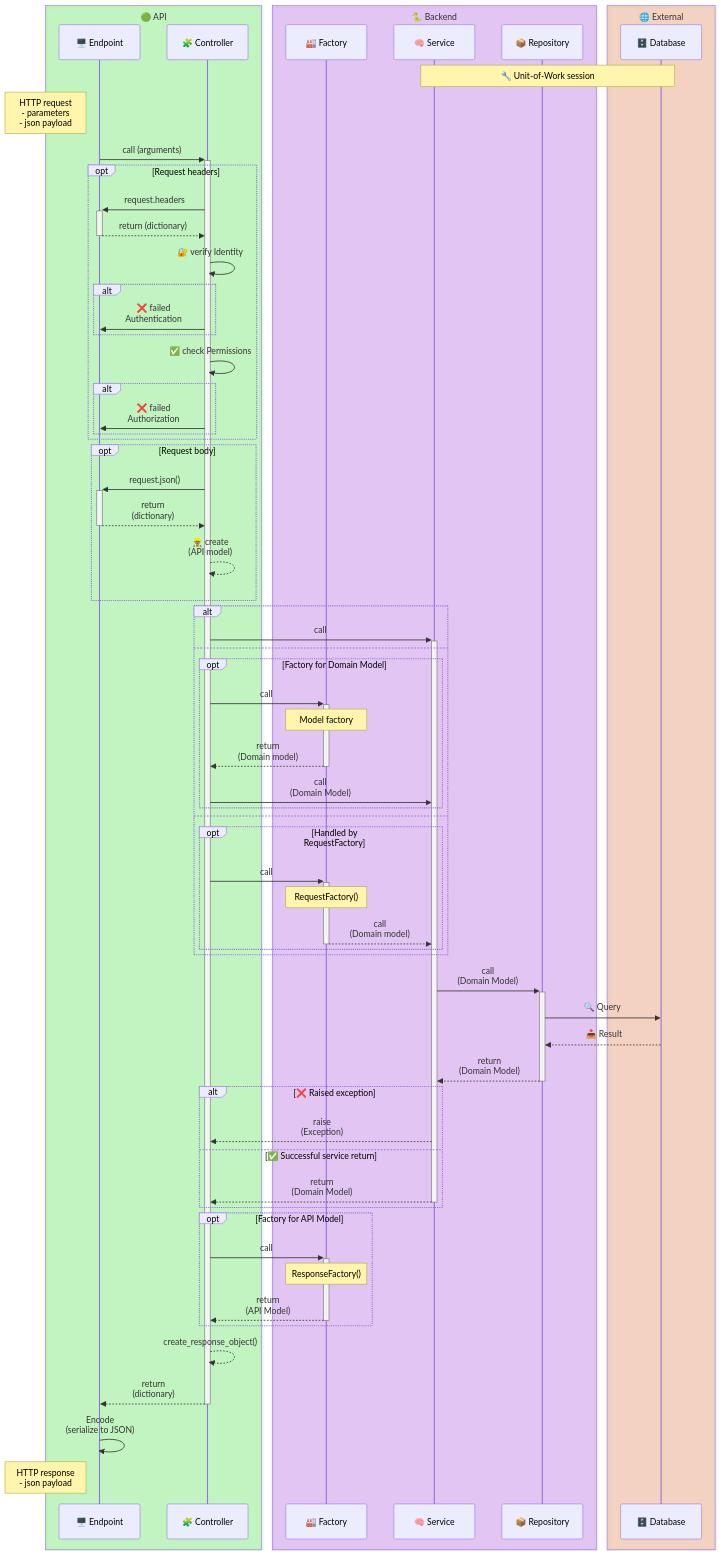
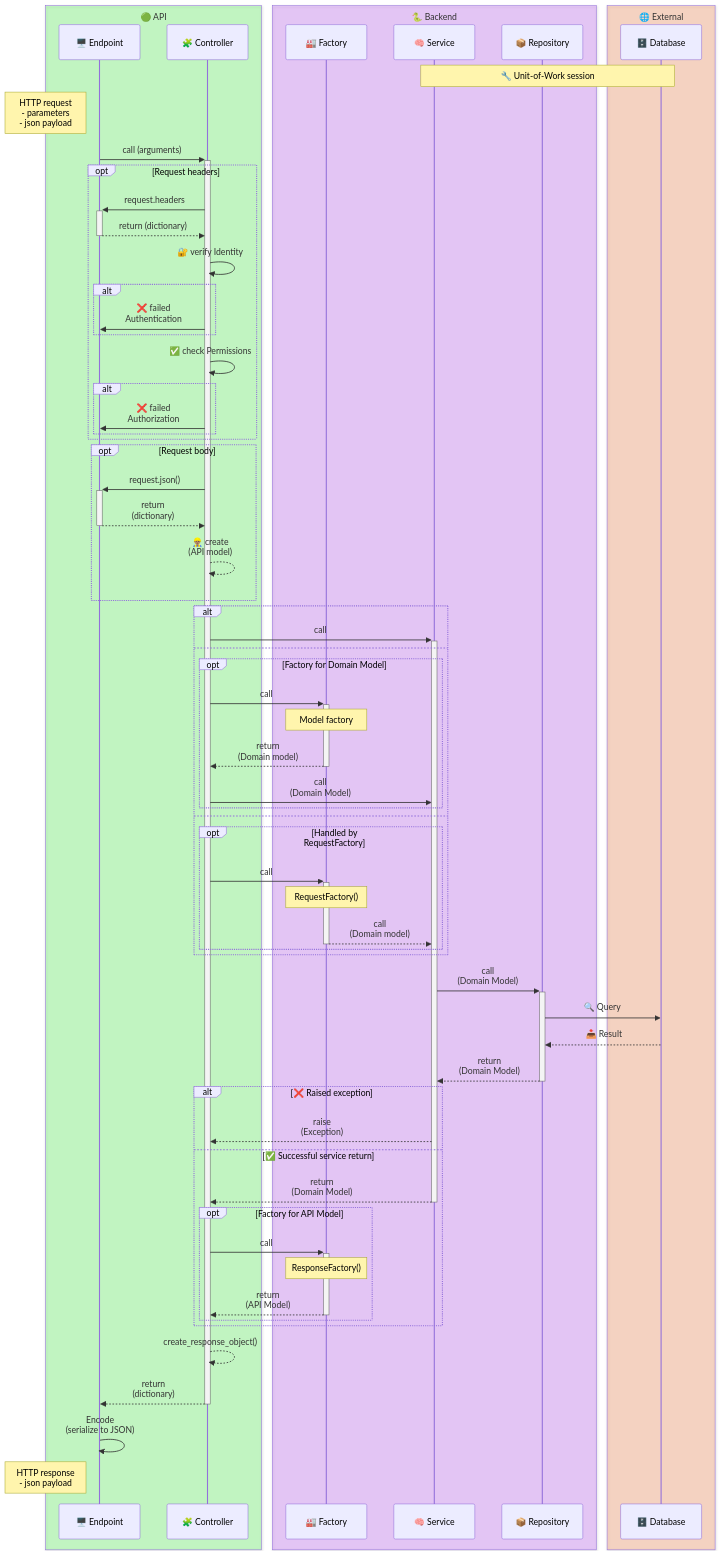
One commit to BReijling/alpha changed the diagram in docs/concepts/design-concepts.md. Above: the diagram before and after it, drawn with Mermaid. The commit also changed other lines of this file, not shown here.

Commit message:
docs(Docs): :memo: update architectural overview

```diff
--- a/docs/concepts/design-concepts.md
+++ b/docs/concepts/design-concepts.md
@@ -117,15 +117,15 @@
     🧠 Service-->>🧩 Controller: raise<br>(Exception)
     else ✅ Successful service return
     🧠 Service-->>-🧩 Controller: return<br>(Domain Model)
-    end
-
-    %% response mapping
-    %% mapping to API model
     opt Factory for API Model
     🧩 Controller->>+🏭 Factory: call
     Note over 🏭 Factory: ResponseFactory()
     🏭 Factory-->>-🧩 Controller: return<br>(API Model)
     end
+    end
+
+    %% response mapping
+    %% mapping to API model
     🧩 Controller-->>🧩 Controller: create_response_object()
     🧩 Controller-->>-🖥️ Endpoint: return<br>(dictionary)
 
```
